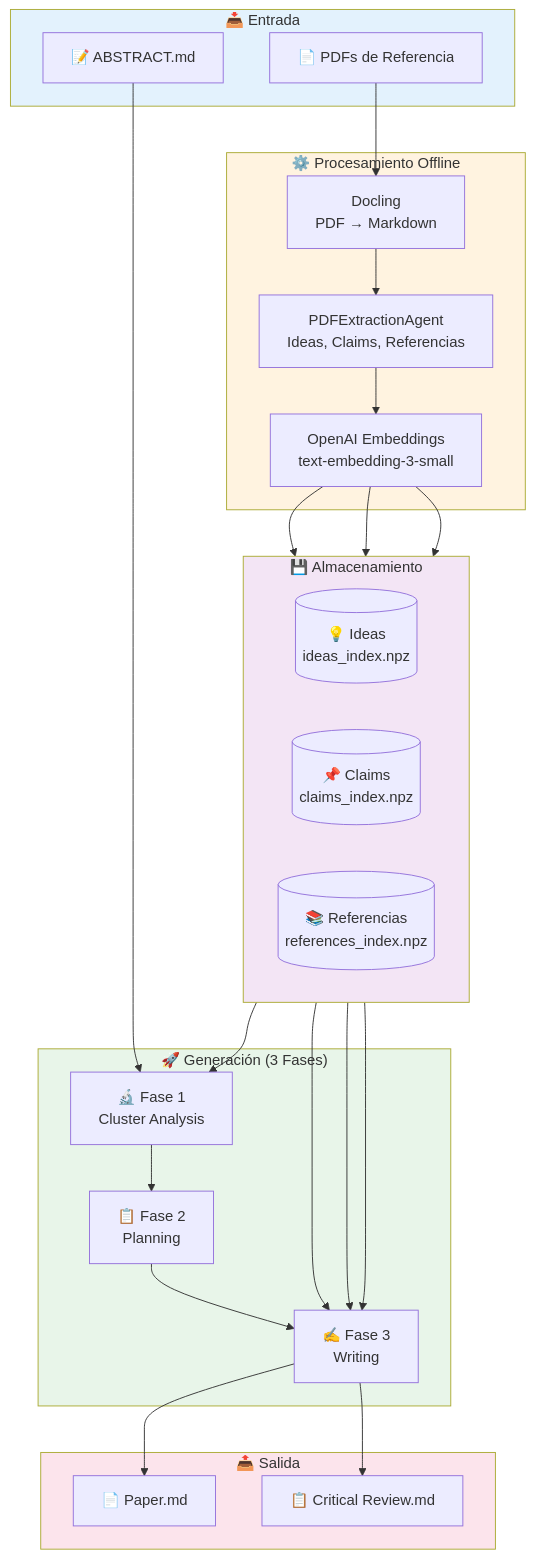
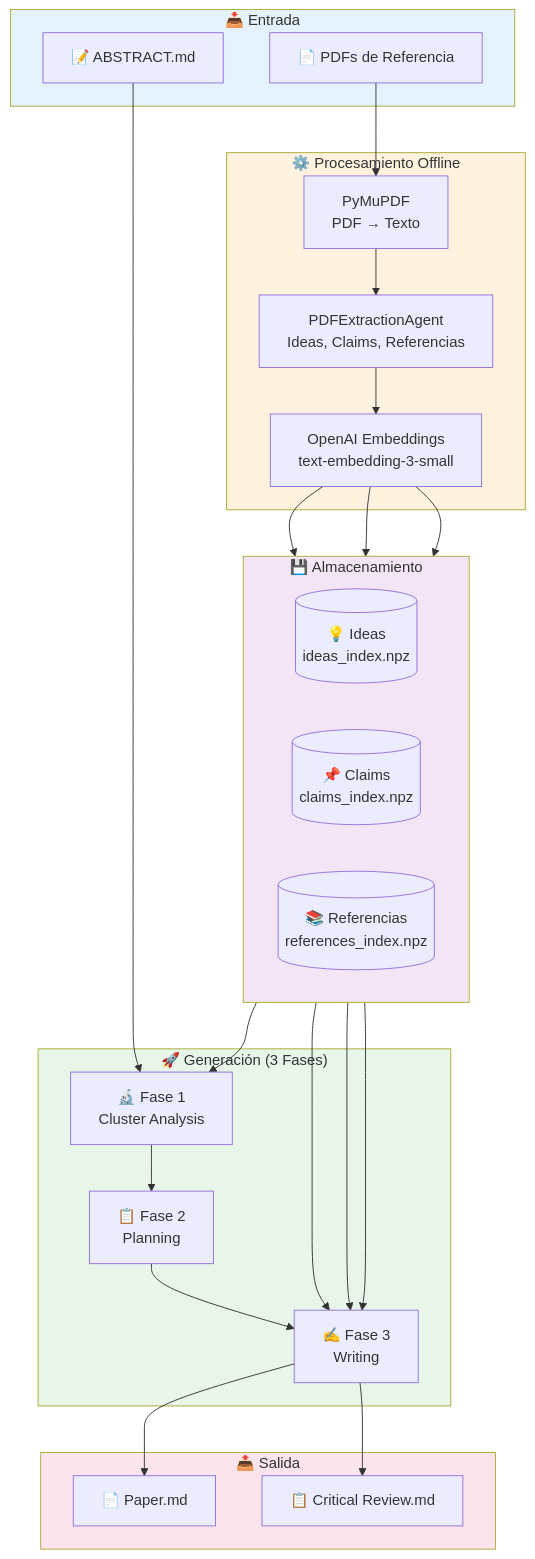
One commit to mikelval82/TheAiWriter changed the first of 8 diagrams in docs/architecture.md. Above: the diagram before and after it, drawn with Mermaid. The commit also changed 29 other files, not shown here.

````diff
--- a/docs/architecture.md
+++ b/docs/architecture.md
@@ -43,48 +43,48 @@
 ```mermaid
 flowchart TB
     subgraph Input["📥 Entrada"]
         Abstract["📝 ABSTRACT.md"]
         PDFs["📄 PDFs de Referencia"]
     end
 
     subgraph Processing["⚙️ Procesamiento Offline"]
-        Docling["Docling\nPDF → Markdown"]
+        Reader["PyMuPDF\nPDF → Texto"]
         Extractor["PDFExtractionAgent\nIdeas, Claims, Referencias"]
         Embedder["OpenAI Embeddings\ntext-embedding-3-small"]
         
-        PDFs --> Docling --> Extractor --> Embedder
+        PDFs --> Reader --> Extractor --> Embedder
     end
 
     subgraph Storage["💾 Almacenamiento"]
         direction LR
         Ideas[("💡 Ideas\nideas_index.npz")]
         Claims[("📌 Claims\nclaims_index.npz")]
         Refs[("📚 Referencias\nreferences_index.npz")]
         
         Embedder --> Ideas & Claims & Refs
     end
 
     subgraph Generation["🚀 Generación (3 Fases)"]
         Phase1["🔬 Fase 1\nCluster Analysis"]
         Phase2["📋 Fase 2\nPlanning"]
         Phase3["✍️ Fase 3\nWriting"]
         
         Phase1 --> Phase2 --> Phase3
     end
 
     subgraph Output["📤 Salida"]
         Paper["📄 Paper.md"]
         Review["📋 Critical Review.md"]
     end
 
     Abstract --> Phase1
     Ideas --> Phase1
     Ideas & Claims & Refs --> Phase3
     Phase3 --> Paper & Review
 
     style Input fill:#e3f2fd
     style Processing fill:#fff3e0
     style Storage fill:#f3e5f5
     style Generation fill:#e8f5e9
     style Output fill:#fce4ec
 ```
````
